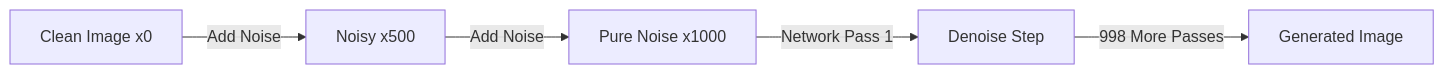
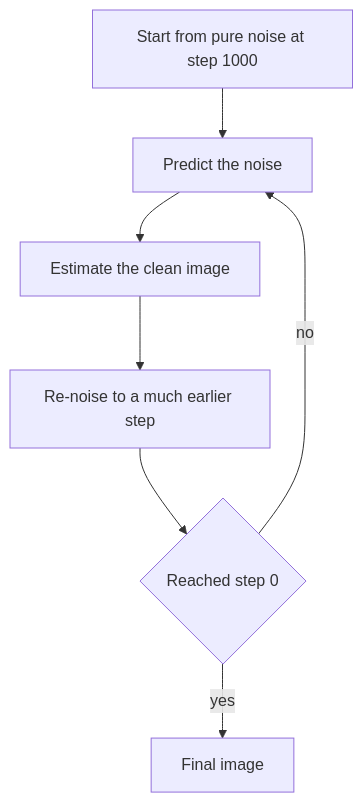
One commit to Tarunsai08/PaperStack changed the diagram in content/papers/denoising-diffusion-implicit-models.md. Above: the diagram before and after it, drawn with Mermaid. The commit also changed other lines of this file and 10 other files, not shown here.

````diff
--- a/content/papers/denoising-diffusion-implicit-models.md
+++ b/content/papers/denoising-diffusion-implicit-models.md
@@ -89,7 +100,9 @@
 ```mermaid
-flowchart LR
-    A[Clean Image x0] -->|Add Noise| B[Noisy x500]
-    B -->|Add Noise| C[Pure Noise x1000]
-    C -->|Network Pass 1| D[Denoise Step]
-    D -->|998 More Passes| E[Generated Image]
+flowchart TD
+  A[Start from pure noise at step 1000] --> B[Predict the noise]
+  B --> C[Estimate the clean image]
+  C --> D[Re-noise to a much earlier step]
+  D --> E{Reached step 0}
+  E -- no --> B
+  E -- yes --> F[Final image]
 ```
````
